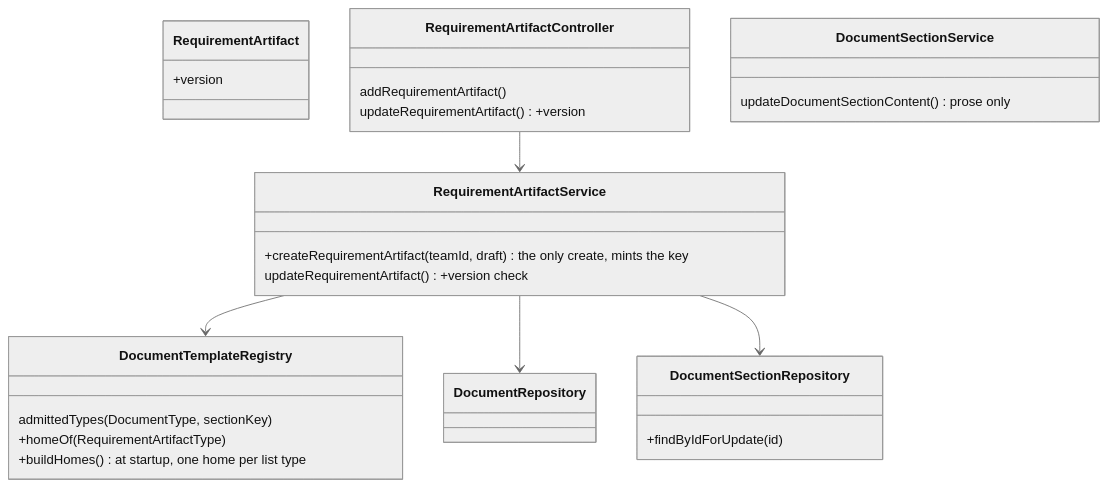
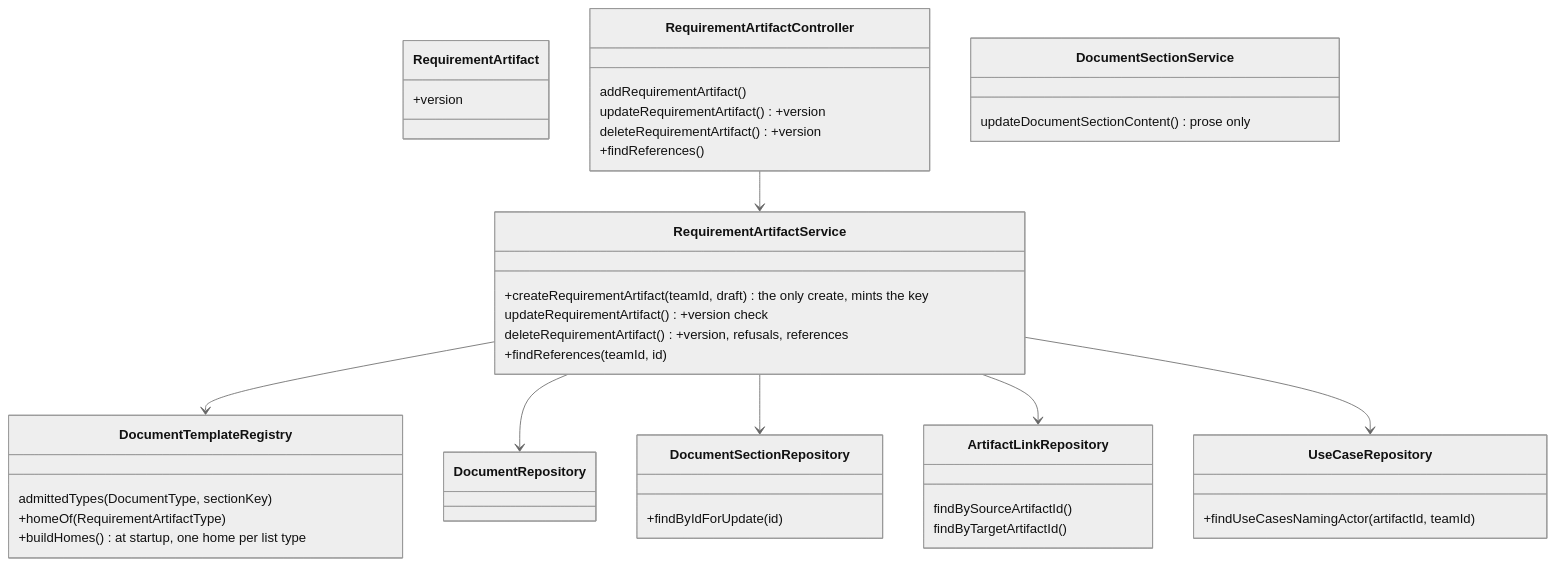
Before and after one commit to Washingtonwei/project-pulse: the first of 3 diagrams in docs/design/art.md, drawn with Mermaid (neutral theme). The commit also changed other lines of this file and 5 other files, not shown here.

First line of the commit message:
Design UC-ART-delete-artifact as a physical delete refused while referenced

````diff
--- a/docs/design/art.md
+++ b/docs/design/art.md
@@ -25,29 +27,42 @@
 ```mermaid
 classDiagram
   class RequirementArtifact {
     +version
   }
   class DocumentTemplateRegistry {
     admittedTypes(DocumentType, sectionKey)
     +homeOf(RequirementArtifactType)
     +buildHomes() at startup, one home per list type
   }
   class DocumentSectionRepository {
     +findByIdForUpdate(id)
   }
   class RequirementArtifactController {
     addRequirementArtifact()
     updateRequirementArtifact() +version
+    deleteRequirementArtifact() +version
+    +findReferences()
   }
   class RequirementArtifactService {
     +createRequirementArtifact(teamId, draft) the only create, mints the key
     updateRequirementArtifact() +version check
+    deleteRequirementArtifact() +version, refusals, references
+    +findReferences(teamId, id)
   }
   class DocumentSectionService {
     updateDocumentSectionContent() prose only
+  }
+  class ArtifactLinkRepository {
+    findBySourceArtifactId()
+    findByTargetArtifactId()
+  }
+  class UseCaseRepository {
+    +findUseCasesNamingActor(artifactId, teamId)
   }
   RequirementArtifactController --> RequirementArtifactService
   RequirementArtifactService --> DocumentTemplateRegistry
   RequirementArtifactService --> DocumentRepository
   RequirementArtifactService --> DocumentSectionRepository
+  RequirementArtifactService --> ArtifactLinkRepository
+  RequirementArtifactService --> UseCaseRepository
 ```
````
